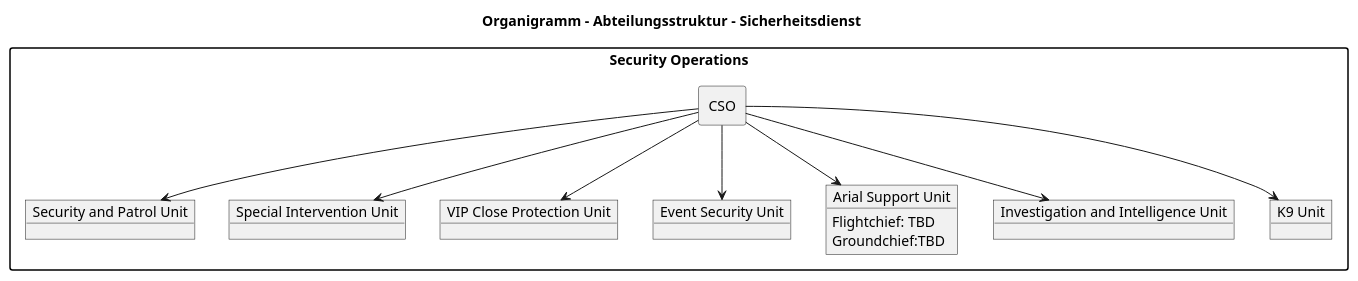
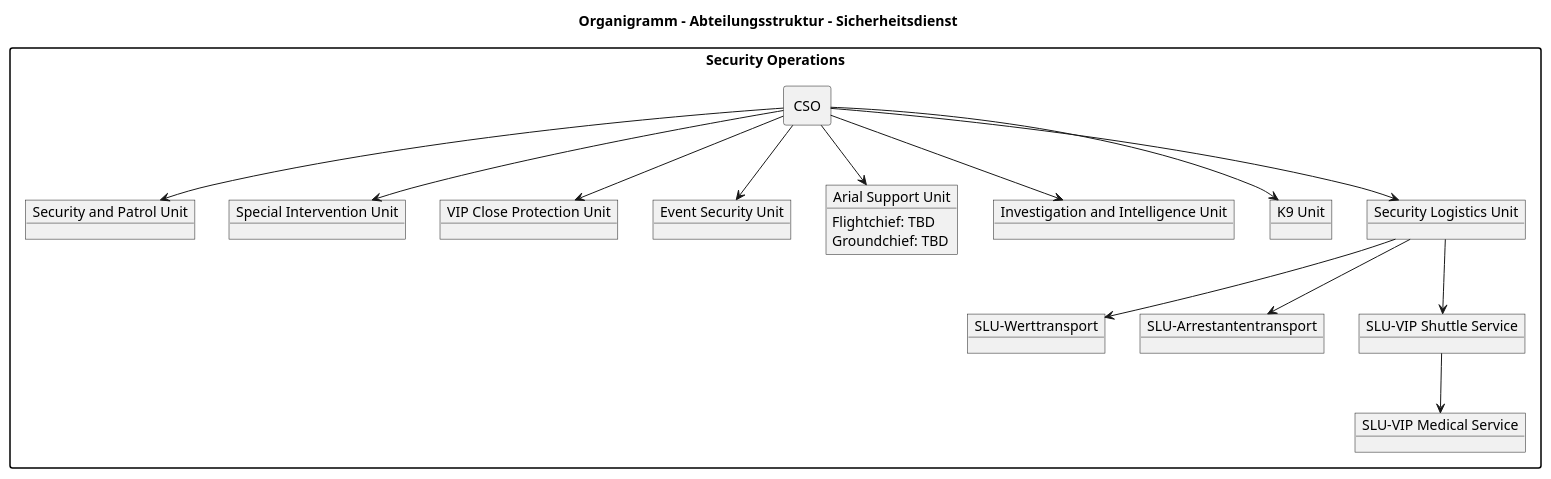
The first of 2 diagrams in chapters/Operations_Security.adoc (Stiller-und-Partner-Mediengruppe-GmbH/SPMG.Conceptplan), drawn with PlantUML before and after one commit. The commit also changed other lines of this file and 2 other files, not shown here.

Commit message:
Update 14.04.2026: konkretisierun MedOps

```diff
--- a/chapters/Operations_Security.adoc
+++ b/chapters/Operations_Security.adoc
@@ -28,43 +28,49 @@
 [plantuml, org-chart-security, svg]
 ----
 @startuml
 skinparam packageStyle rectangle
-
-' Dieser Befehl erlaubt das Mischen von verschiedenen Elementtypen (Object & Rectangle)
 allowmixing
 
-' Definition eines Styles für reinen Text
 skinparam rectangle<<text>> {
     BackgroundColor transparent
     BorderColor transparent
     Shadowing false
 }
 
 title Organigramm - Abteilungsstruktur - Sicherheitsdienst
 
 package "Security Operations" as SO {
     rectangle "CSO" as CSO
     
     object "Security and Patrol Unit" as SPU
     object "Special Intervention Unit" as SIU
     object "VIP Close Protection Unit" as VCPU
     object "Event Security Unit" as ESU
-    object "Arial Support Unit" as ASU{
+    object "Arial Support Unit" as ASU {
         Flightchief: TBD
-        Groundchief:TBD
-}
+        Groundchief: TBD
+    }
     object "Investigation and Intelligence Unit" as IIU
     object "K9 Unit" as K9
+    object "Security Logistics Unit" as SLU
+    object "SLU-Werttransport" as SLU_WT
+    object "SLU-Arrestantentransport" as SLU_AT
+    object "SLU-VIP Shuttle Service" as SLU_VIP
+    object "SLU-VIP Medical Service" as SLU_VIP_Med
 
     CSO -down-> SPU
     CSO -down-> SIU
     CSO -down-> VCPU
     CSO -down-> ESU
     CSO -down-> ASU
     CSO -down-> IIU
     CSO -down-> K9
+    CSO -down-> SLU
+    
+    SLU -down-> SLU_WT
+    SLU -down-> SLU_AT
+    SLU -down-> SLU_VIP
+    SLU_VIP -down-> SLU_VIP_Med
 } 
-
-
 @enduml
 ----
```
